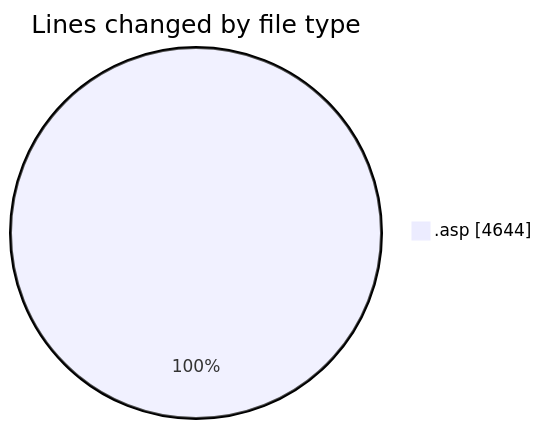
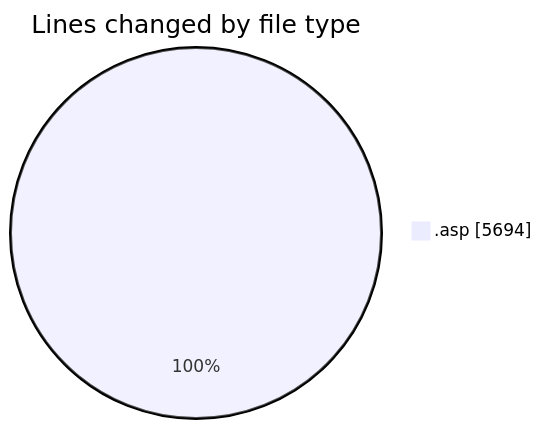
One commit to julien-gomy/code-tracking changed the first of 2 diagrams in 2025-10-17/cdp_aleoudev_fr__workspace_/README.md. Above: the diagram before and after it, drawn with Mermaid. The commit also changed other lines of this file and 1 other file, not shown here.

````diff
--- a/2025-10-17/cdp_aleoudev_fr__workspace_/README.md
+++ b/2025-10-17/cdp_aleoudev_fr__workspace_/README.md
@@ -24,5 +26,5 @@
 ```mermaid
 pie showData
 title Lines changed by file type
-".asp" : 4644
+".asp" : 5694
 ```
````
